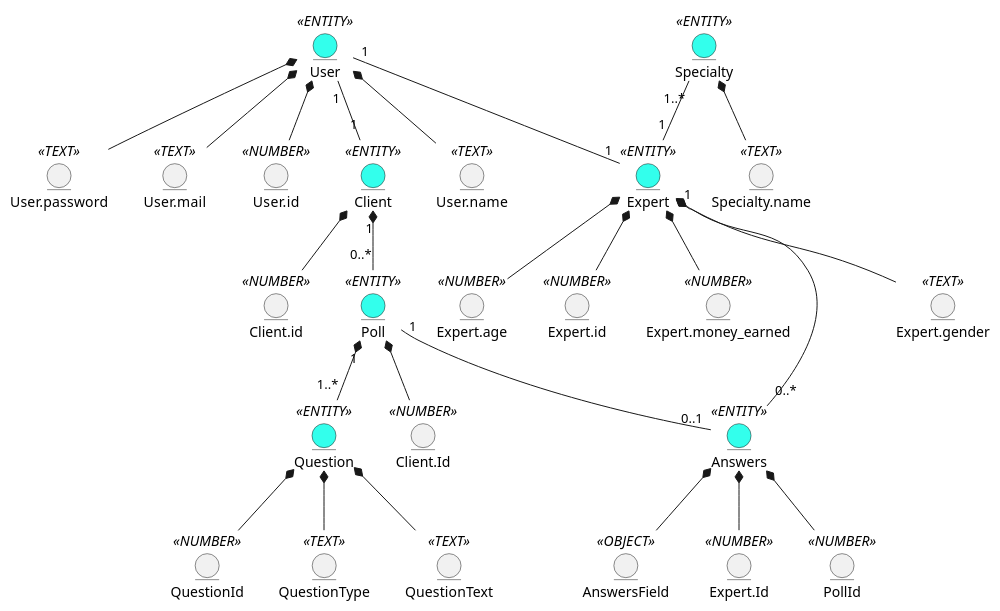
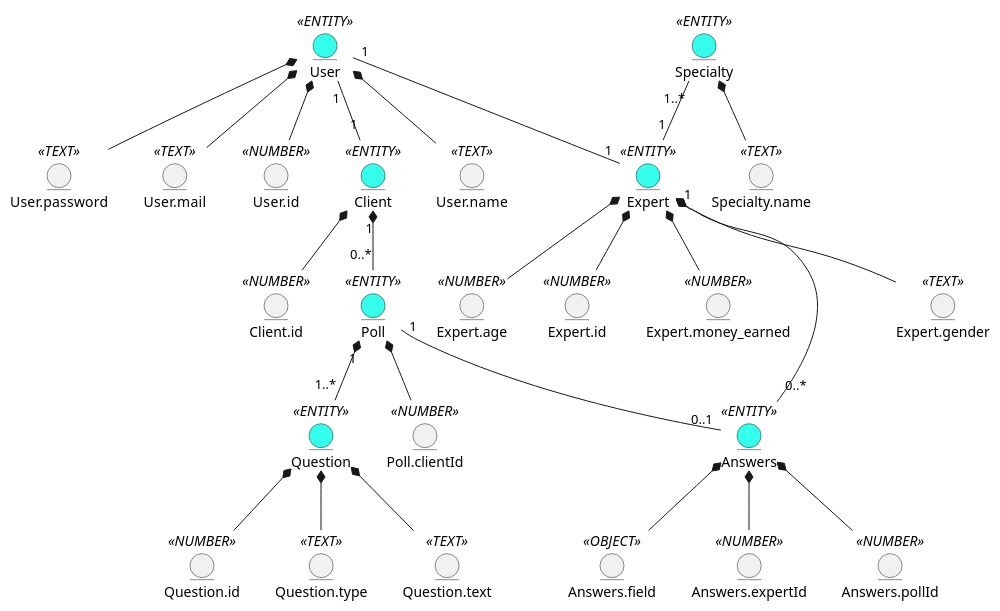
The first of 2 diagrams in docs/design/README.md (kujo205/db_labs), drawn with PlantUML before and after one commit. The commit also changed other lines of this file, not shown here.

Commit message:
made er-model(#43)

```diff
--- a/docs/design/README.md
+++ b/docs/design/README.md
@@ -7,65 +7,65 @@
 @startuml
 entity User <<ENTITY>> #33FFEC
 entity User.name <<TEXT>>
 entity User.password <<TEXT>>
 entity User.mail <<TEXT>>
 entity User.id <<NUMBER>>
 
 entity Expert <<ENTITY>> #33FFEC
 entity Expert.gender <<TEXT>>
 entity Expert.age <<NUMBER>>
 entity Expert.id <<NUMBER>>
 entity Expert.money_earned <<NUMBER>>
 
 entity Specialty <<ENTITY>> #33FFEC
 entity Specialty.name <<TEXT>> 
 
 entity Client <<ENTITY>> #33FFEC
 entity Client.id <<NUMBER>>
 
 entity Answers <<ENTITY>> #33FFEC
-entity AnswersField <<OBJECT>>
-entity Expert.Id <<NUMBER>>
+entity Answers.field <<OBJECT>>
+entity Answers.expertId <<NUMBER>>
+entity Answers.pollId <<NUMBER>>
 
 entity Question <<ENTITY>> #33FFEC
-entity QuestionId <<NUMBER>>
-entity QuestionType <<TEXT>>
-entity QuestionText <<TEXT>>
+entity Question.id <<NUMBER>>
+entity Question.type <<TEXT>>
+entity Question.text <<TEXT>>
 
 entity Poll <<ENTITY>> #33FFEC
-entity PollId <<NUMBER>>
-entity Client.Id <<NUMBER>>
+entity Poll.clientId <<NUMBER>>
 
 User "1" -- "1" Client
 User "1" -- "1" Expert
 
 Poll "0..*" -u-* "1" Client
 Poll "1" -- "0..1" Answers
-Client.Id -u-* Poll
+Poll.clientId -u-* Poll
 
 Question "1..*" -u-* "1" Poll
-QuestionId -u-* Question
-QuestionType -u-* Question 
-QuestionText -u-* Question 
+Question.id -u-* Question
+Question.type -u-* Question 
+Question.text -u-* Question 
 
 Specialty.name -u-* Specialty
 
 Expert.age -u-* Expert
 Expert.id -u-* Expert
 Expert.gender -u-* Expert
 Expert.money_earned -u-* Expert
 Specialty "1..*" -- "1" Expert
 
-PollId -u-* Answers
-AnswersField -u-* Answers
-Expert.Id -u-* Answers
+Answers.pollId -u-* Answers
+Answers.field -u-* Answers
+Answers.expertId -u-* Answers
 Answers "0..*" -u-* "1" Expert
 
 Client.id -u-* Client
 
 User.name -u-* User 
 User.password -u-* User
 User.mail -u-* User
 User.id -u-* User
 
 @enduml
```
